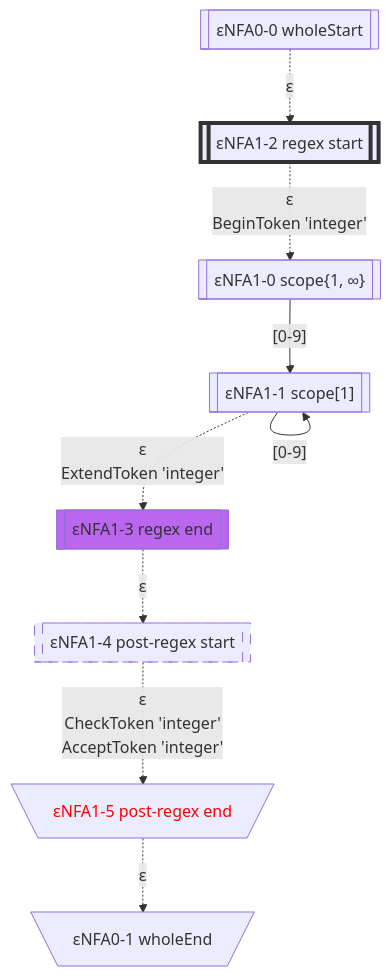
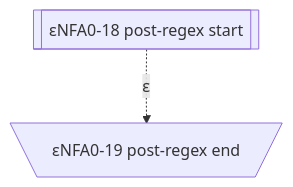
Before and after one commit to bitzhuwei/GrammarMentor: the fourth of 13 diagrams in Practices/Practice.GeneratedXxxFormat.Test/GeneratedInts/LexicalAnalyzer/README.gen.md, drawn with Mermaid. The commit also changed other lines of this file and 3868 other files, not shown here.

````diff
--- a/Practices/Practice.GeneratedXxxFormat.Test/GeneratedInts/LexicalAnalyzer/README.gen.md
+++ b/Practices/Practice.GeneratedXxxFormat.Test/GeneratedInts/LexicalAnalyzer/README.gen.md
@@ -74,43 +130,21 @@
 ```Mermaid
 flowchart
 classDef c0001 color:#FF0000;
 classDef c0010 stroke-dasharray: 10 10;
 classDef c0011 stroke-dasharray: 10 10,color:#FF0000;
 classDef c0100 fill:#BB66EE;
 classDef c0101 fill:#BB66EE,color:#FF0000;
 classDef c0110 fill:#BB66EE,stroke-dasharray: 10 10;
 classDef c0111 fill:#BB66EE,stroke-dasharray: 10 10,color:#FF0000;
 classDef c1000 stroke:#333,stroke-width:4px;
 classDef c1001 stroke:#333,stroke-width:4px,color:#FF0000;
 classDef c1010 stroke:#333,stroke-width:4px,stroke-dasharray: 10 10;
 classDef c1011 stroke:#333,stroke-width:4px,stroke-dasharray: 10 10,color:#FF0000;
 classDef c1100 stroke:#333,stroke-width:4px,fill:#BB66EE;
 classDef c1101 stroke:#333,stroke-width:4px,fill:#BB66EE,color:#FF0000;
 classDef c1110 stroke:#333,stroke-width:4px,fill:#BB66EE,stroke-dasharray: 10 10;
 classDef c1111 stroke:#333,stroke-width:4px,fill:#BB66EE,stroke-dasharray: 10 10,color:#FF0000;
-eNFA0_0_33651104[["εNFA0-0 wholeStart"]]
-eNFA1_2_38617647[["εNFA1-2 regex start"]]
-class eNFA1_2_38617647 c1000;
-eNFA1_0_15389841[["εNFA1-0 scope{1, ∞}"]]
-eNFA1_1_16623063[["εNFA1-1 scope[1]"]]
-eNFA1_3_4290849[["εNFA1-3 regex end"]]
-class eNFA1_3_4290849 c0100;
-eNFA1_4_12014508[["εNFA1-4 post-regex start"]]
-class eNFA1_4_12014508 c0010;
-eNFA1_5_41021713[\"εNFA1-5 post-regex end"/]
-class eNFA1_5_41021713 c0001;
-eNFA0_1_63839968[\"εNFA0-1 wholeEnd"/]
-eNFA0_0_33651104 -.->|"ε"|eNFA1_2_38617647
-eNFA1_2_38617647 -.->|"ε
-BeginToken 'integer'"|eNFA1_0_15389841
-eNFA1_0_15389841 -->|"[0-9]"|eNFA1_1_16623063
-eNFA1_1_16623063 -->|"[0-9]"|eNFA1_1_16623063
-eNFA1_1_16623063 -.->|"ε
-ExtendToken 'integer'"|eNFA1_3_4290849
-eNFA1_3_4290849 -.->|"ε"|eNFA1_4_12014508
-eNFA1_4_12014508 -.->|"ε
-CheckToken 'integer'
-AcceptToken 'integer'"|eNFA1_5_41021713
-eNFA1_5_41021713 -.->|"ε"|eNFA0_1_63839968
-
+eNFA0_18_27094719[["εNFA0-18 post-regex start"]]
+eNFA0_19_42525879[\"εNFA0-19 post-regex end"/]
+eNFA0_18_27094719 -.->|"ε"|eNFA0_19_42525879
 ```
````
